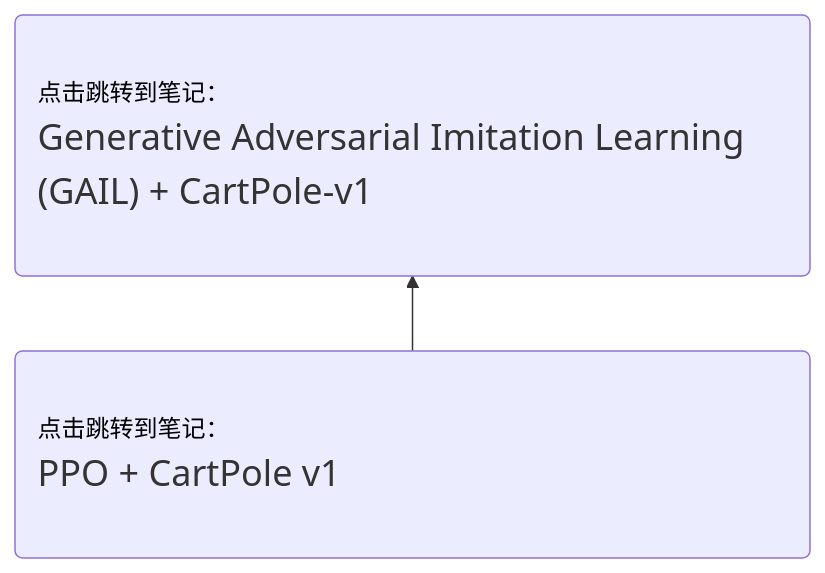
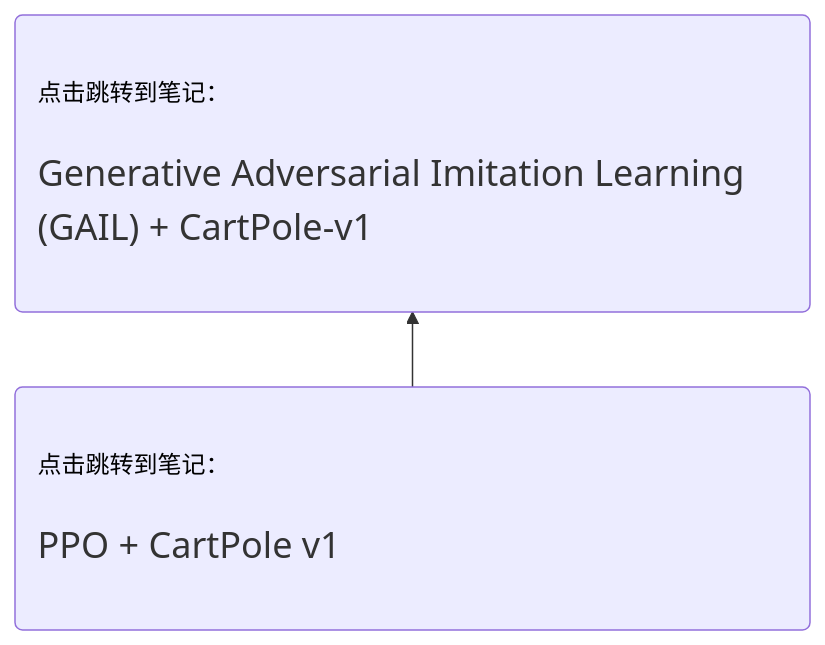
Before and after one commit to Gaoshu-root/Code-related-courses: the diagram in 笔记封存/test.md, drawn with Mermaid.

Commit message:
Update links in mermaid diagram in test.md

````diff
--- a/笔记封存/test.md
+++ b/笔记封存/test.md
@@ -2,9 +2,9 @@
 ```mermaid
 graph BT
     classDef wide padding:500px;
-    P1("<div style='text-align:left'><font color="black">点击跳转到笔记：</font><br><font size="5">PPO + CartPole v1</div>") --> P2("<div style='text-align:left'><font color="black">点击跳转到笔记：</font><br><font size="5">Generative Adversarial Imitation Learning (GAIL) + CartPole-v1</div>")
+    P1("<div style='text-align:left'><font color="black">点击跳转到笔记：</font><br><br><font size="5">PPO + CartPole v1</div>") --> P2("<div style='text-align:left'><font color="black">点击跳转到笔记：</font><br><br><font size="5">Generative Adversarial Imitation Learning (GAIL) + CartPole-v1</div>")
     click P1 "https://github.com/Gaoshu-root/Code-related-courses/blob/main/RL2024/PPO_%2B_CartPole_v1_.ipynb" _blank
     click P2 "https://github.com/Gaoshu-root/Code-related-courses/blob/main/RL2024/Generative%20Adversarial%20Imitation%20Learning(GAIL)/Generative%20Adversarial%20Imitation%20Learning%20(GAIL)%20%2B%20CartPole-v1%20.ipynb" _blank
     class P1,P2 wide
 
 ```
````
